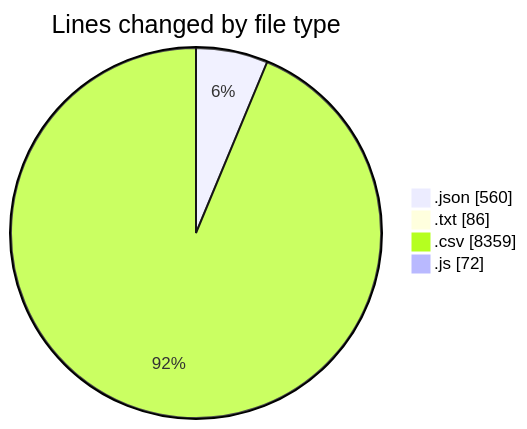
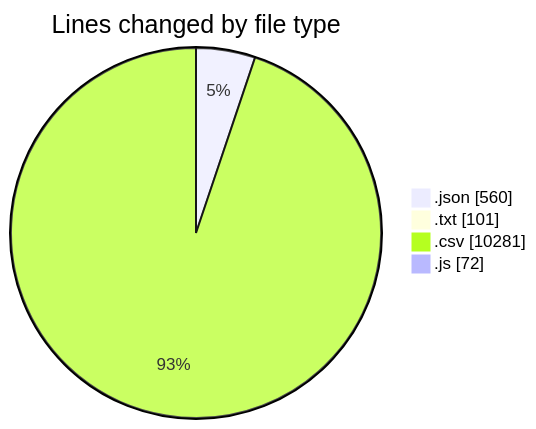
The first of 2 diagrams in 2025-07-27/refunds/README.md (EIIisD/code-tracking), drawn with Mermaid before and after one commit. The commit also changed other lines of this file and 1 other file, not shown here.

````diff
--- a/2025-07-27/refunds/README.md
+++ b/2025-07-27/refunds/README.md
@@ -26,8 +27,8 @@
 ```mermaid
 pie showData
 title Lines changed by file type
 ".json" : 560
-".txt" : 86
-".csv" : 8359
+".txt" : 101
+".csv" : 10281
 ".js" : 72
 ```
````
